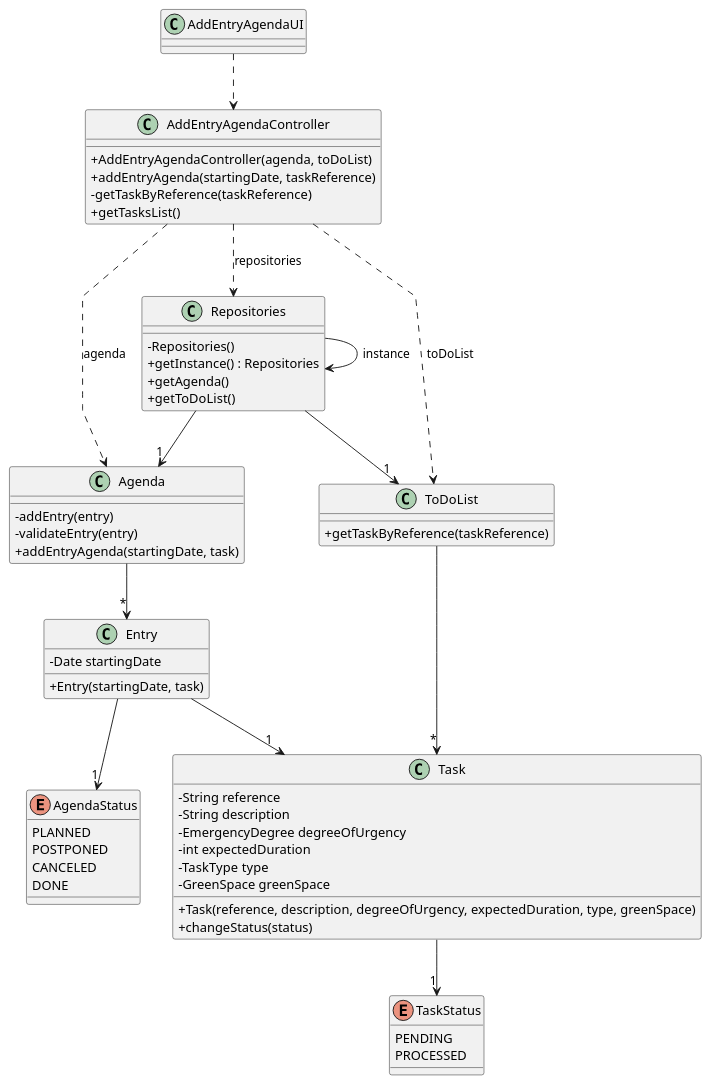
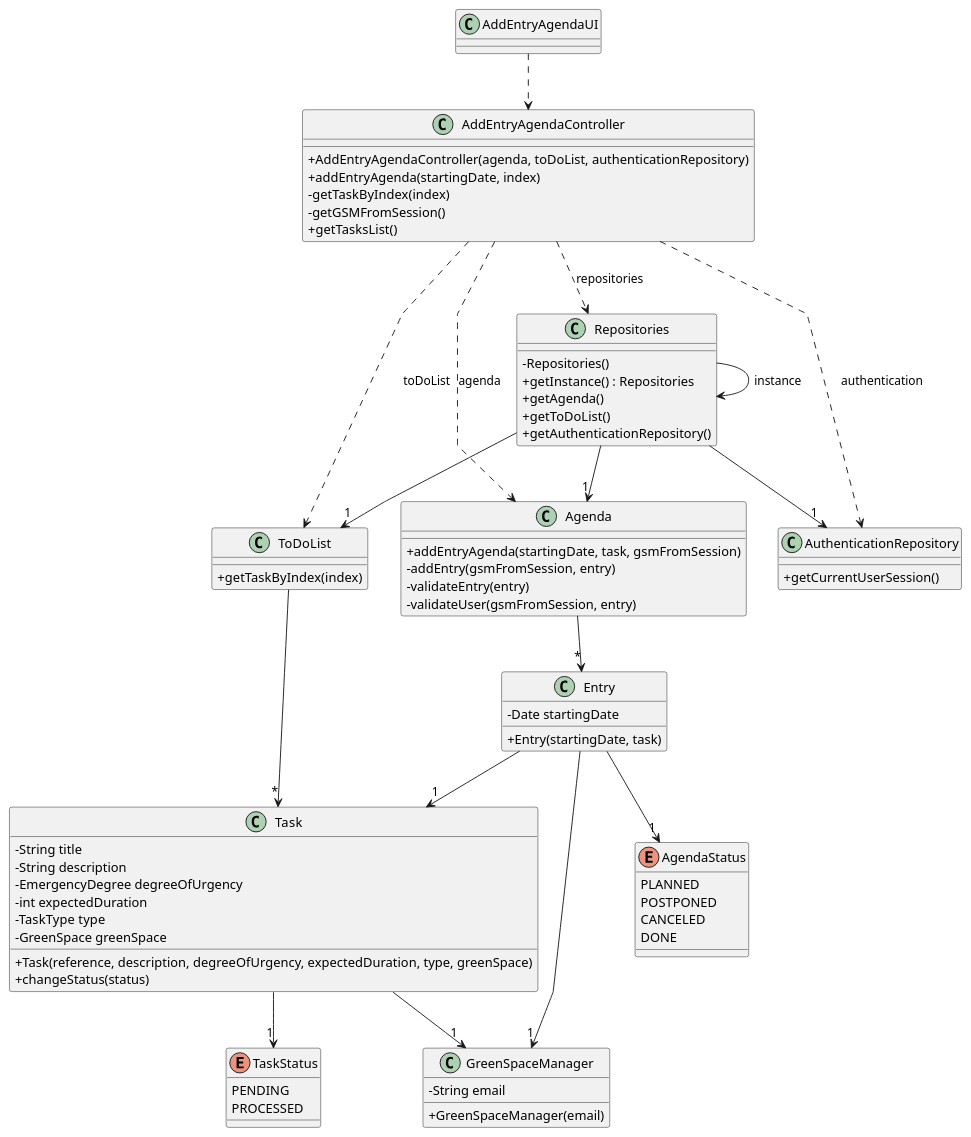
The diagram in docs/sprintA&B&C/us022/03.design/puml/us022-class-diagram.puml (daniel41silva05/ISEP_2023_2024_LAPR2), drawn with PlantUML before and after one commit. The commit also changed 10 other files, not shown here.

Commit message:
Update US22 - Requirements engineering + Domain Model + Class Diagram #10

```diff
--- a/docs/sprintA&B&C/us022/03.design/puml/us022-class-diagram.puml
+++ b/docs/sprintA&B&C/us022/03.design/puml/us022-class-diagram.puml
@@ -1,80 +1,96 @@
 @startuml
 'skinparam monochrome true
 skinparam packageStyle rectangle
 skinparam shadowing false
 skinparam linetype polyline
 'skinparam linetype orto
 
 skinparam classAttributeIconSize 0
 
 'left to right direction
 
 class AddEntryAgendaUI {
 }
 
 class AddEntryAgendaController {
-    +AddEntryAgendaController(agenda, toDoList)
-    +addEntryAgenda(startingDate, taskReference)
-    -getTaskByReference(taskReference)
+    +AddEntryAgendaController(agenda, toDoList, authenticationRepository)
+    +addEntryAgenda(startingDate, index)
+    -getTaskByIndex(index)
+    -getGSMFromSession()
     +getTasksList()
 }
 
 class Agenda {
-    -addEntry(entry)
+    +addEntryAgenda(startingDate, task, gsmFromSession)
+    -addEntry(gsmFromSession, entry)
     -validateEntry(entry)
-    +addEntryAgenda(startingDate, task)
+    -validateUser(gsmFromSession, entry)
 }
 
 class Entry {
     -Date startingDate
     +Entry(startingDate, task)
 }
 
 class ToDoList {
-    +getTaskByReference(taskReference)
+    +getTaskByIndex(index)
 }
 
 class Task {
-    -String reference
+    -String title
     -String description
     -EmergencyDegree degreeOfUrgency
     -int expectedDuration
     -TaskType type
     -GreenSpace greenSpace
     +Task(reference, description, degreeOfUrgency, expectedDuration, type, greenSpace)
     +changeStatus(status)
 }
 
-class Repositories {
+class Repositories{
     - Repositories()
     + getInstance() : Repositories
     + getAgenda()
     + getToDoList()
+    + getAuthenticationRepository()
 }
 
 enum AgendaStatus {
     PLANNED
     POSTPONED
     CANCELED
     DONE
 }
 
 enum TaskStatus {
     PENDING
     PROCESSED
 }
 
+class AuthenticationRepository {
+    +getCurrentUserSession()
+}
+
+class GreenSpaceManager {
+    -String email
+    +GreenSpaceManager(email)
+}
+
 AddEntryAgendaUI ..> AddEntryAgendaController
 AddEntryAgendaController ..> Repositories: repositories
 AddEntryAgendaController ..> Agenda: agenda
 AddEntryAgendaController ..> ToDoList: toDoList
+AddEntryAgendaController ..> AuthenticationRepository: authentication
 Repositories --> Repositories: instance
 Repositories --> "1" Agenda
 Repositories --> "1" ToDoList
+Repositories --> "1" AuthenticationRepository
 Agenda --> "*" Entry
 ToDoList --> "*" Task
 Entry --> "1" Task
 Entry --> "1" AgendaStatus
 Task --> "1" TaskStatus
+Entry --> "1" GreenSpaceManager
+Task --> "1" GreenSpaceManager
 
 @enduml
```
